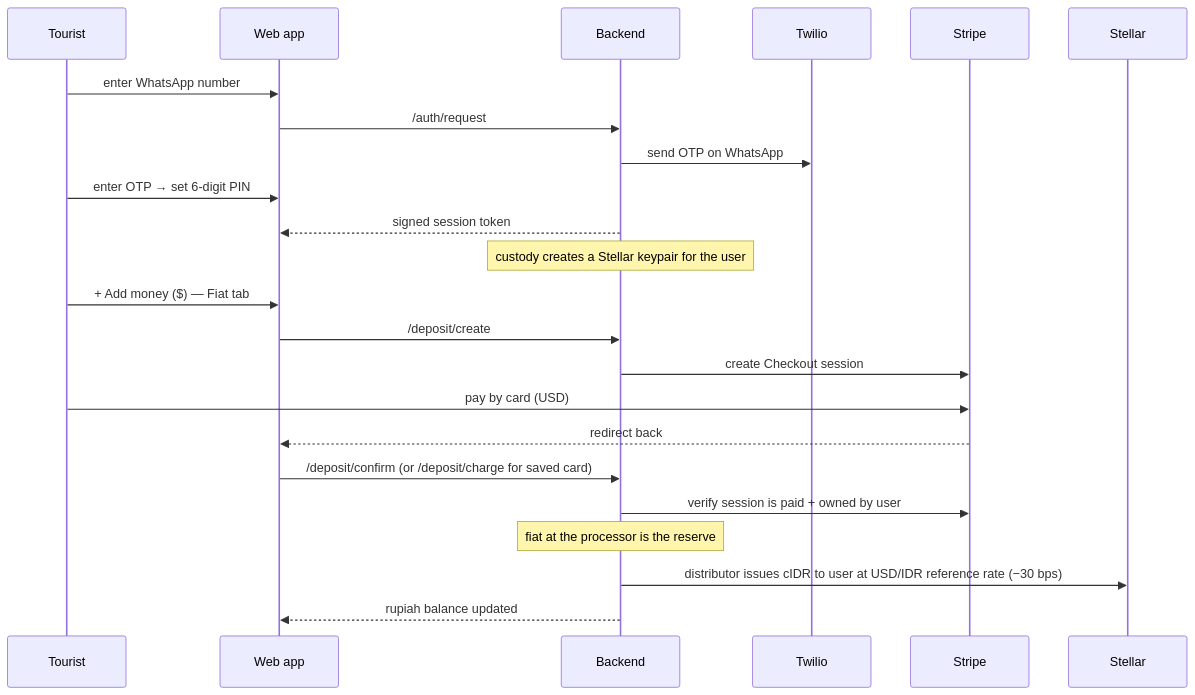
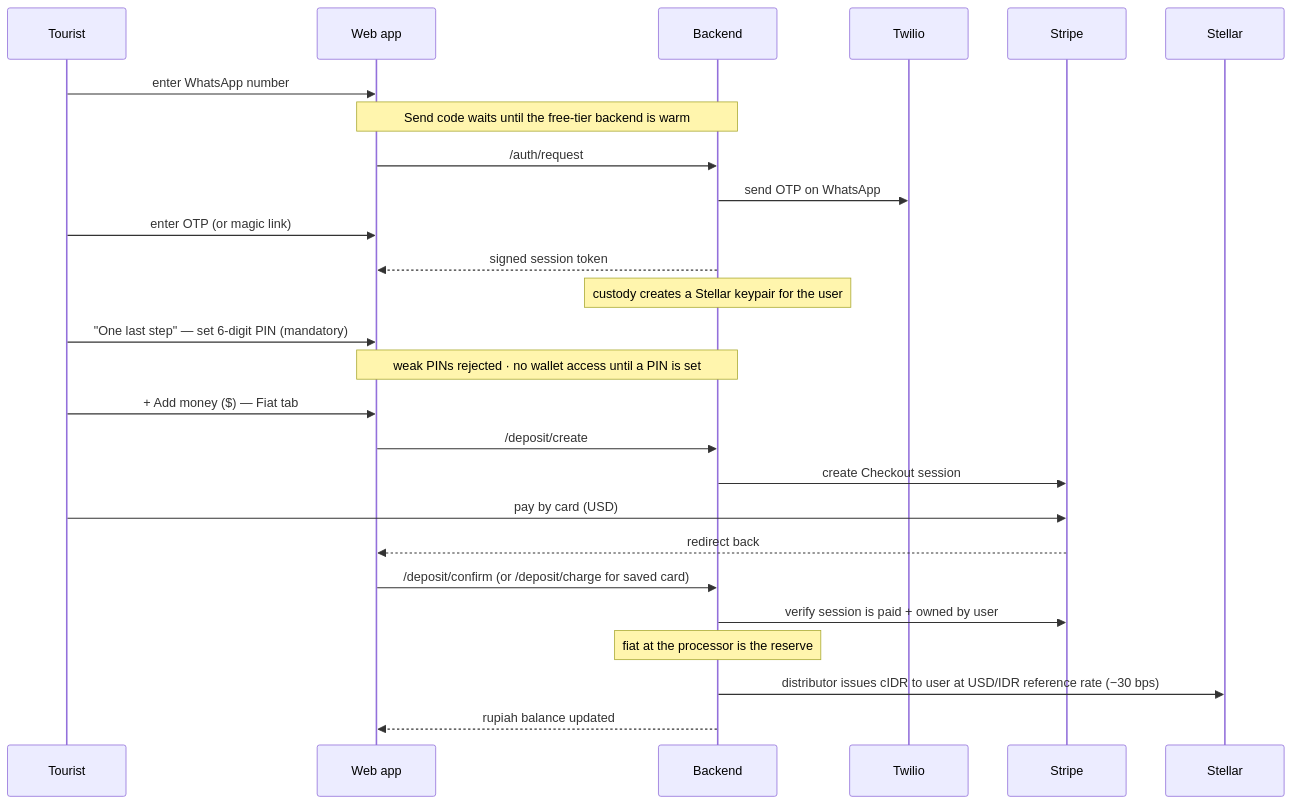
Before and after one commit to CastelPay/.github: the third of 7 diagrams in architecture.md, drawn with Mermaid. The commit also changed other lines of this file and 1 other file, not shown here.

First line of the commit message:
docs: org profile + architecture — PIN onboarding, forgot-PIN reset, freeze

````diff
--- a/architecture.md
+++ b/architecture.md
@@ -184,26 +187,29 @@
 ```mermaid
 sequenceDiagram
     participant U as Tourist
     participant FE as Web app
     participant BE as Backend
     participant TW as Twilio
     participant ST as Stripe
     participant SX as Stellar
 
     U->>FE: enter WhatsApp number
+    Note over FE,BE: Send code waits until the free-tier backend is warm
     FE->>BE: /auth/request
     BE->>TW: send OTP on WhatsApp
-    U->>FE: enter OTP → set 6-digit PIN
+    U->>FE: enter OTP (or magic link)
     BE-->>FE: signed session token
     Note over BE: custody creates a Stellar keypair for the user
+    U->>FE: "One last step" — set 6-digit PIN (mandatory)
+    Note over FE,BE: weak PINs rejected · no wallet access until a PIN is set
     U->>FE: + Add money ($) — Fiat tab
     FE->>BE: /deposit/create
     BE->>ST: create Checkout session
     U->>ST: pay by card (USD)
     ST-->>FE: redirect back
     FE->>BE: /deposit/confirm (or /deposit/charge for saved card)
     BE->>ST: verify session is paid + owned by user
     Note over BE: fiat at the processor is the reserve
     BE->>SX: distributor issues cIDR to user at USD/IDR reference rate (−30 bps)
     BE-->>FE: rupiah balance updated
 ```
````
